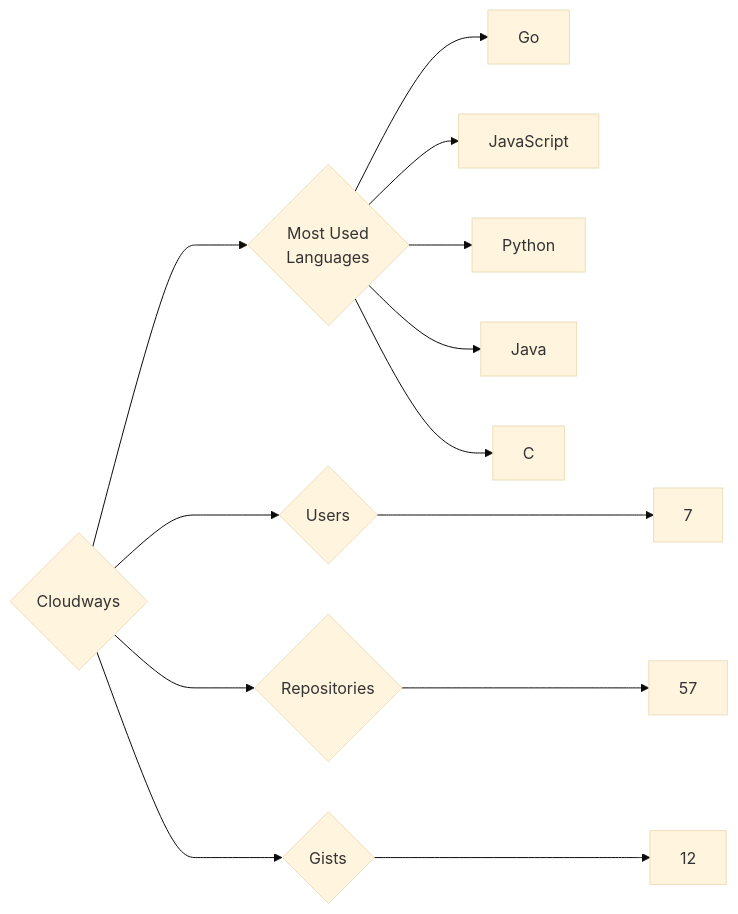
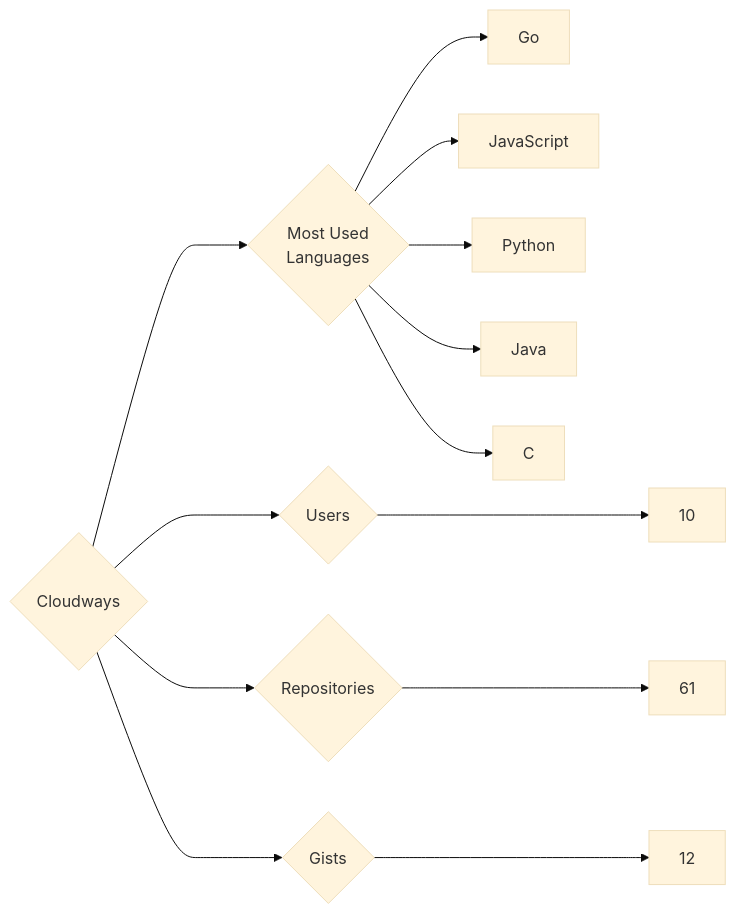
One commit to trickest/insiders changed the diagram in targets/Cloudways/README.md. Above: the diagram before and after it, drawn with Mermaid (base theme). The commit also changed 859 other files, not shown here.

````diff
--- a/targets/Cloudways/README.md
+++ b/targets/Cloudways/README.md
@@ -3,13 +3,13 @@
 ```mermaid
 graph LR
 COMPANY_NAME{Cloudways}
-COMPANY_NAME ---> U{Users} ---> UN[7]
-COMPANY_NAME ---> R{Repositories} ---> RN[57]
+COMPANY_NAME ---> U{Users} ---> UN[10]
+COMPANY_NAME ---> R{Repositories} ---> RN[61]
 COMPANY_NAME ---> G{Gists} ---> GN[12]
 COMPANY_NAME ---> ML{Most Used<br>Languages}
 ML --> Go[Go]
 ML --> JavaScript[JavaScript]
 ML --> Python[Python]
 ML --> Java[Java]
 ML --> C[C]
 ```
````
